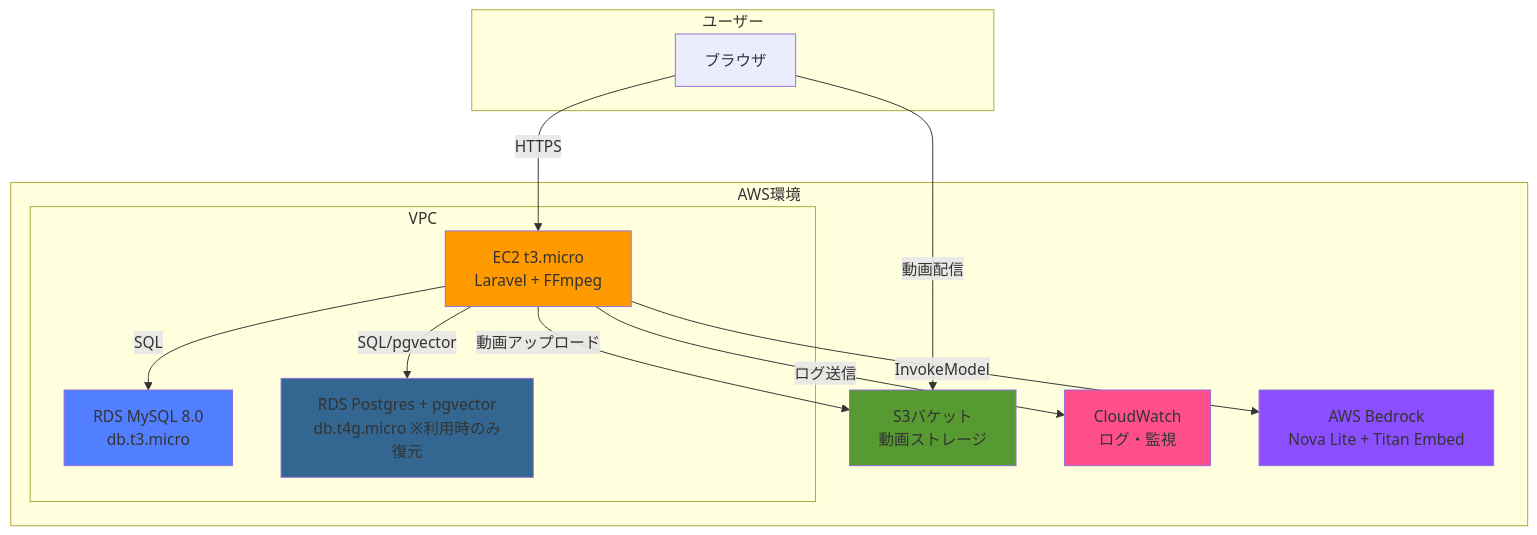
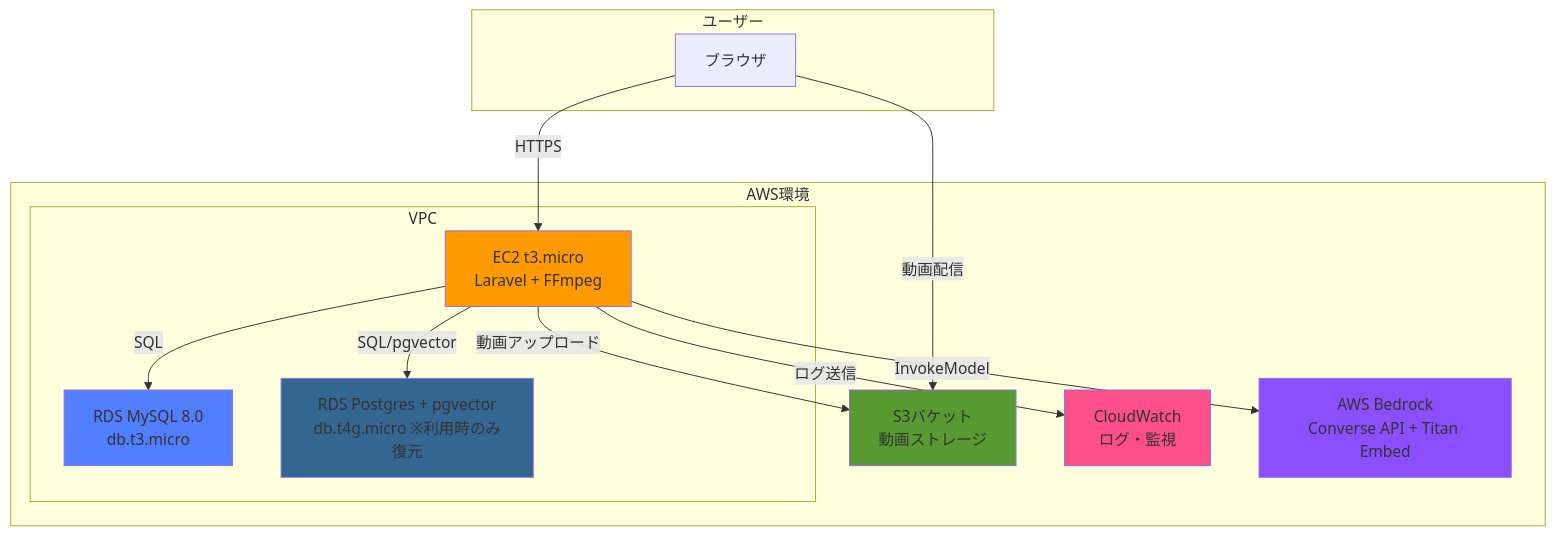
The first of 3 diagrams in docs/design-docs/02_architecture.md (tetsu2026/movie-profile), drawn with Mermaid before and after one commit. The commit also changed other lines of this file and 10 other files, not shown here.

````diff
--- a/docs/design-docs/02_architecture.md
+++ b/docs/design-docs/02_architecture.md
@@ -19,33 +19,33 @@
 ```mermaid
 graph TB
     subgraph "ユーザー"
         Browser[ブラウザ]
     end
 
     subgraph "AWS環境"
         subgraph "VPC"
             EC2[EC2 t3.micro<br/>Laravel + FFmpeg]
             RDS[RDS MySQL 8.0<br/>db.t3.micro]
             RDSPG[RDS Postgres + pgvector<br/>db.t4g.micro ※利用時のみ復元]
         end
 
         S3[S3バケット<br/>動画ストレージ]
         CloudWatch[CloudWatch<br/>ログ・監視]
-        Bedrock[AWS Bedrock<br/>Nova Lite + Titan Embed]
+        Bedrock[AWS Bedrock<br/>Converse API + Titan Embed]
     end
 
     Browser -->|HTTPS| EC2
     EC2 -->|動画アップロード| S3
     Browser -->|動画配信| S3
     EC2 -->|SQL| RDS
     EC2 -->|SQL/pgvector| RDSPG
     EC2 -->|InvokeModel| Bedrock
     EC2 -->|ログ送信| CloudWatch
 
     style EC2 fill:#FF9900
     style RDS fill:#527FFF
     style RDSPG fill:#336791
     style S3 fill:#569A31
     style CloudWatch fill:#FF4F8B
     style Bedrock fill:#8C4FFF
 ```
````
